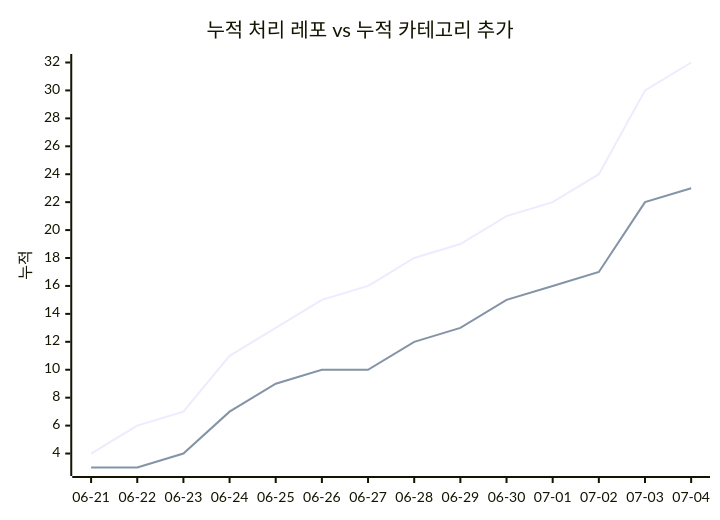
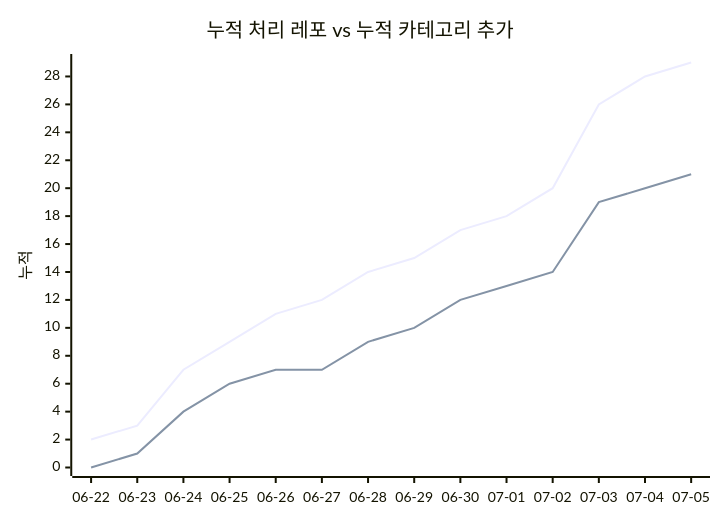
Before and after one commit to J-nowcow/awesome-korean-agent-skills: the second of 2 diagrams in docs/trends.md, drawn with Mermaid. The commit also changed other lines of this file and 4 other files, not shown here.

````diff
--- a/docs/trends.md
+++ b/docs/trends.md
@@ -68,8 +68,8 @@
 ```mermaid
 xychart-beta
     title "누적 처리 레포 vs 누적 카테고리 추가"
-    x-axis ["06-21","06-22","06-23","06-24","06-25","06-26","06-27","06-28","06-29","06-30","07-01","07-02","07-03","07-04"]
+    x-axis ["06-22","06-23","06-24","06-25","06-26","06-27","06-28","06-29","06-30","07-01","07-02","07-03","07-04","07-05"]
     y-axis "누적"
-    line [4,6,7,11,13,15,16,18,19,21,22,24,30,32]
-    line [3,3,4,7,9,10,10,12,13,15,16,17,22,23]
+    line [2,3,7,9,11,12,14,15,17,18,20,26,28,29]
+    line [0,1,4,6,7,7,9,10,12,13,14,19,20,21]
 ```
````
